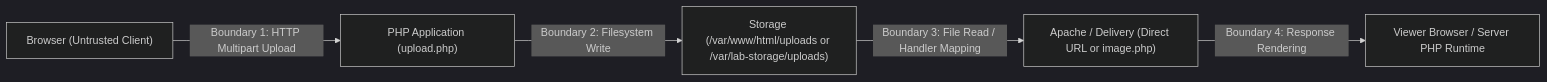
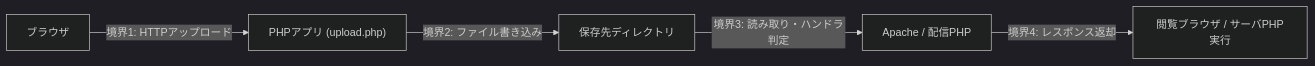
The diagram in labs/01-php-upload-defense/docs/ja/worksheet.md (sunak-tech/upload-to-execution-lab), drawn with Mermaid (dark theme) before and after one commit. The commit also changed other lines of this file and 38 other files, not shown here.

````diff
--- a/labs/01-php-upload-defense/docs/ja/worksheet.md
+++ b/labs/01-php-upload-defense/docs/ja/worksheet.md
@@ -17,7 +14,7 @@
 ```mermaid
 flowchart LR
-    U["Browser (Untrusted Client)"] -->|"Boundary 1: HTTP Multipart Upload"| APP["PHP Application (upload.php)"]
-    APP -->|"Boundary 2: Filesystem Write"| ST["Storage (/var/www/html/uploads or /var/lab-storage/uploads)"]
-    ST -->|"Boundary 3: File Read / Handler Mapping"| SRV["Apache / Delivery (Direct URL or image.php)"]
-    SRV -->|"Boundary 4: Response Rendering"| V["Viewer Browser / Server PHP Runtime"]
+    C["ブラウザ"] -->|"境界1: HTTPアップロード"| APP["PHPアプリ (upload.php)"]
+    APP -->|"境界2: ファイル書き込み"| ST["保存先ディレクトリ"]
+    ST -->|"境界3: 読み取り・ハンドラ判定"| SRV["Apache / 配信PHP"]
+    SRV -->|"境界4: レスポンス返却"| V["閲覧ブラウザ / サーバPHP実行"]
 ```
````
